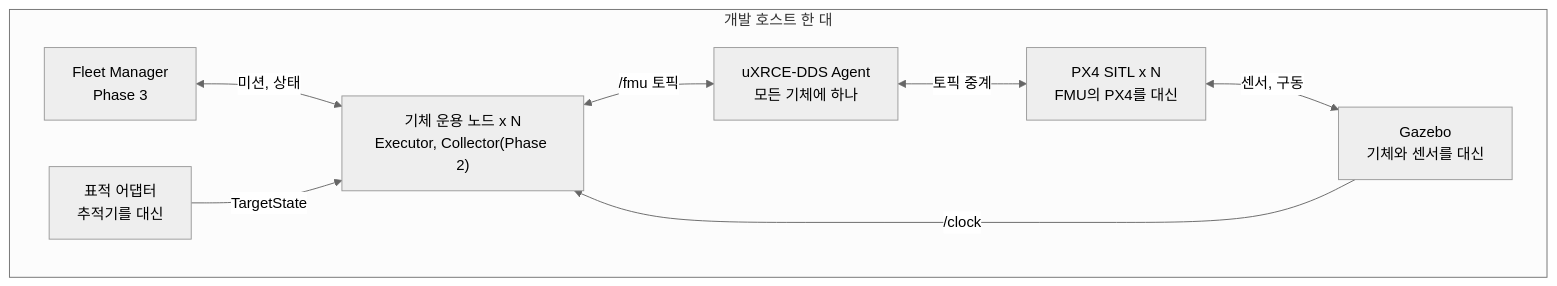
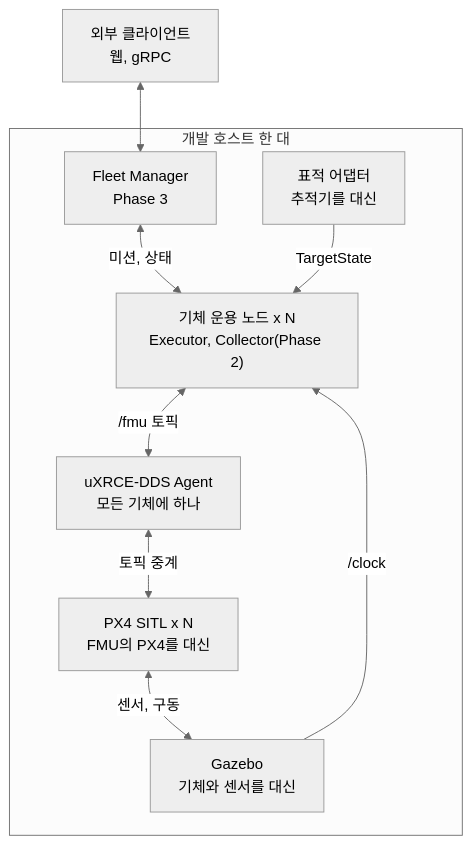
One commit to danielhongwoo/idsim changed the second of 9 diagrams in docs/architecture.md. Above: the diagram before and after it, drawn with Mermaid (neutral theme). The commit also changed other lines of this file and 2 other files, not shown here.

````diff
--- a/docs/architecture.md
+++ b/docs/architecture.md
@@ -70,17 +66,19 @@
 ```mermaid
 flowchart TB
+  EXT["외부 클라이언트<br/>웹, gRPC"]
   subgraph HOST["개발 호스트 한 대"]
     FM["Fleet Manager<br/>Phase 3"]
     OPS["기체 운용 노드 x N<br/>Executor, Collector(Phase 2)"]
     AG["uXRCE-DDS Agent<br/>모든 기체에 하나"]
     PX["PX4 SITL x N<br/>FMU의 PX4를 대신"]
     GZ["Gazebo<br/>기체와 센서를 대신"]
     TP["표적 어댑터<br/>추적기를 대신"]
   end
+  EXT <--> FM
   FM <-->|"미션, 상태"| OPS
   OPS <-->|"/fmu 토픽"| AG
   AG <-->|"토픽 중계"| PX
   PX <-->|"센서, 구동"| GZ
   GZ -->|"/clock"| OPS
   TP -->|"TargetState"| OPS
 ```
````
